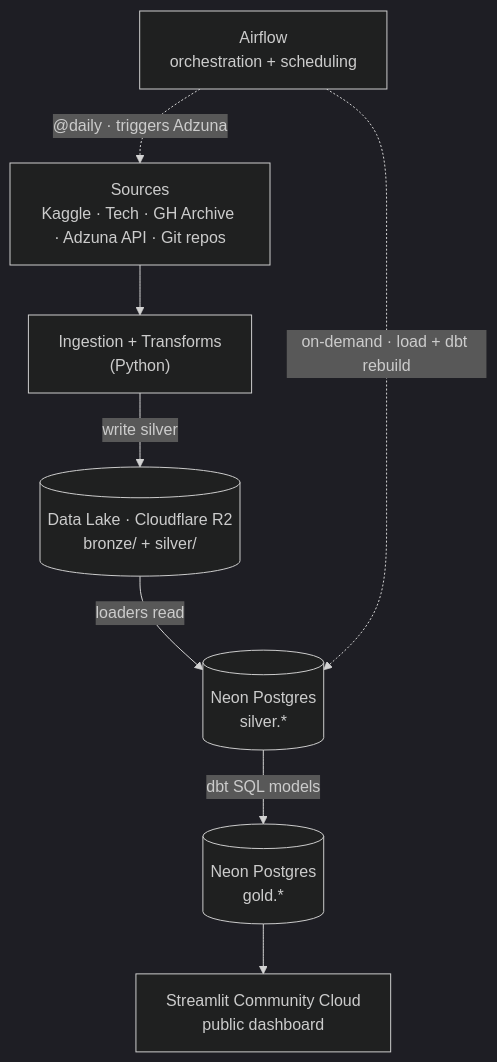
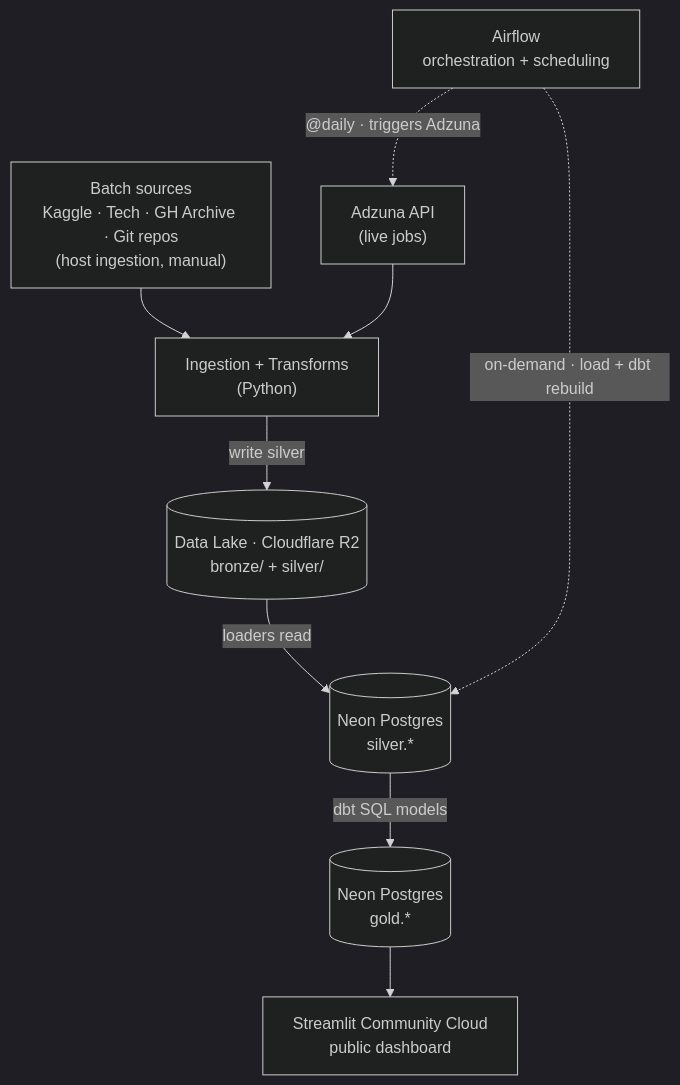
One commit to Riadh180/data-engineering-capstone changed the first of 5 diagrams in pipeline_reference_cloud.md. Above: the diagram before and after it, drawn with Mermaid (dark theme).

Commit message:
Update mermaid diagram for data ingestion flow

````diff
--- a/pipeline_reference_cloud.md
+++ b/pipeline_reference_cloud.md
@@ -29,10 +29,11 @@
 ```mermaid
 flowchart TD
-    SRC["Sources<br/>Kaggle · Tech · GH Archive · Adzuna API · Git repos"] --> ING["Ingestion + Transforms<br/>(Python)"]
+    BATCH["Batch sources<br/>Kaggle · Tech · GH Archive · Git repos<br/>(host ingestion, manual)"] --> ING["Ingestion + Transforms<br/>(Python)"]
+    ADZ["Adzuna API<br/>(live jobs)"] --> ING
     ING -->|write silver| LAKE[("Data Lake · Cloudflare R2<br/>bronze/ + silver/")]
     LAKE -->|loaders read| SILVER[("Neon Postgres<br/>silver.*")]
     SILVER -->|dbt SQL models| GOLD[("Neon Postgres<br/>gold.*")]
     GOLD --> APP["Streamlit Community Cloud<br/>public dashboard"]
-    AIRFLOW["Airflow<br/>orchestration + scheduling"] -.->|"@daily · triggers Adzuna"| SRC
+    AIRFLOW["Airflow<br/>orchestration + scheduling"] -.->|"@daily · triggers Adzuna"| ADZ
     AIRFLOW -.->|on-demand · load + dbt rebuild| SILVER
 ```
````
